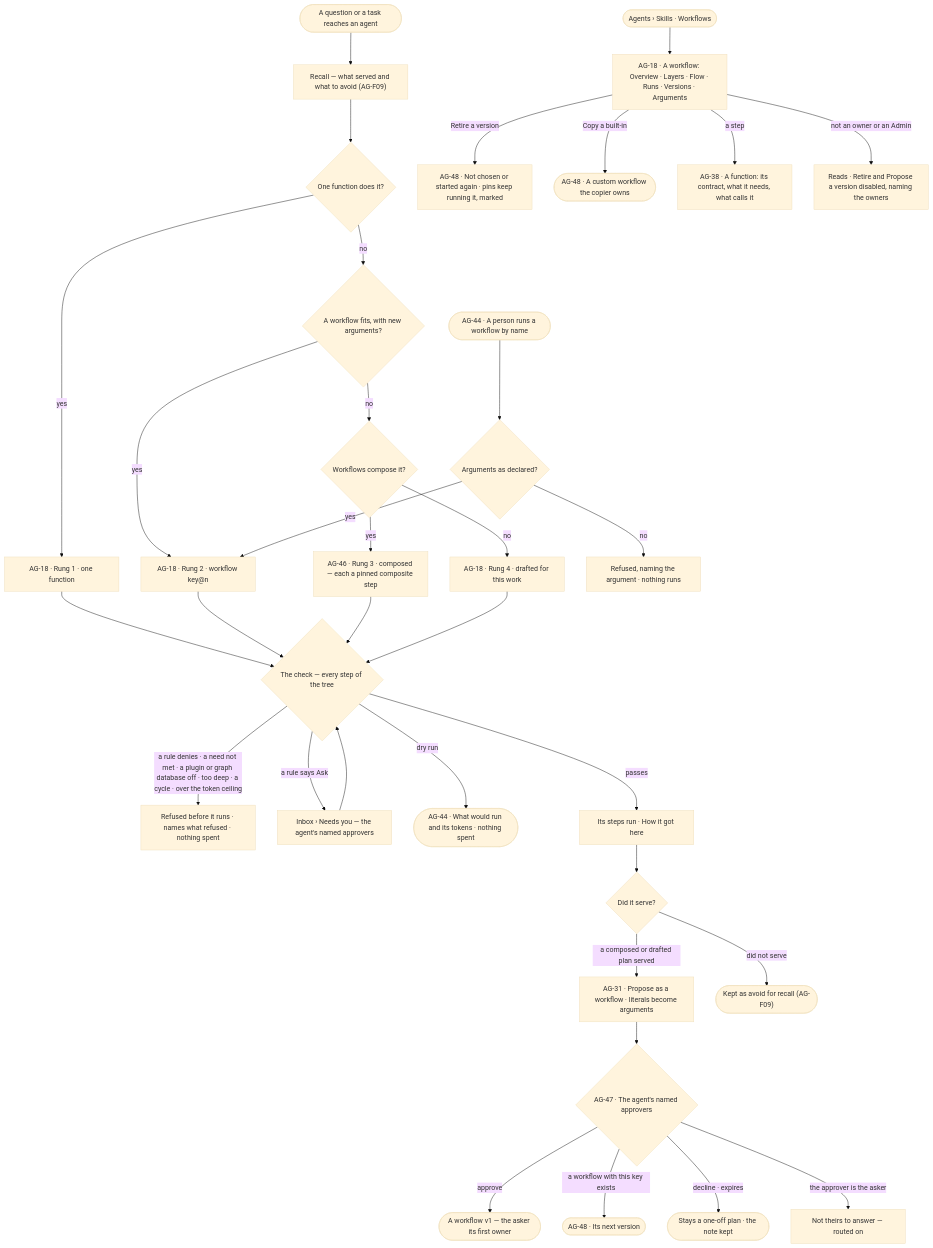
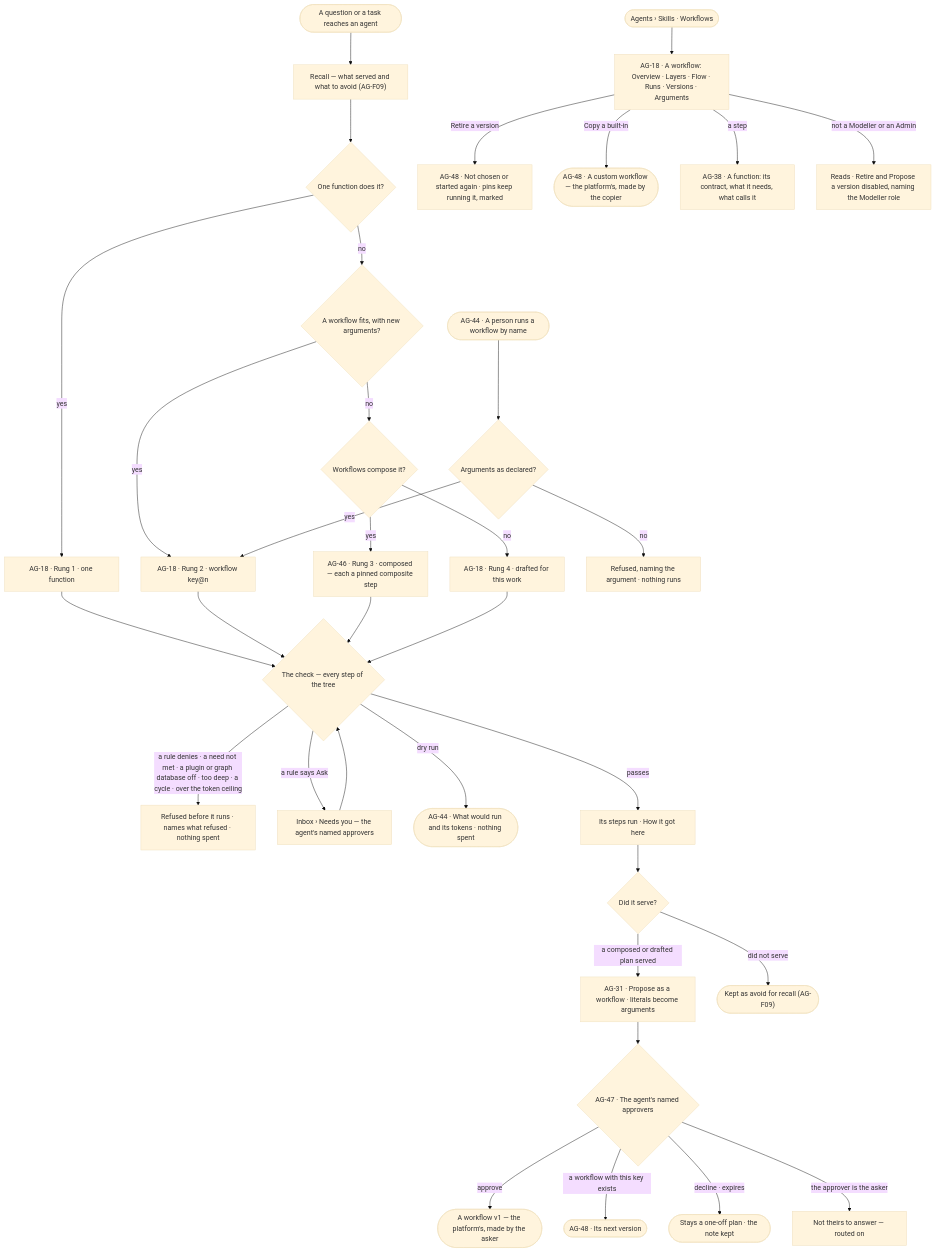
One commit to invana/invana changed the first of 2 diagrams in specs/capabilities/agents/features/AG-F06-plans-and-workflows/feature.md. Above: the diagram before and after it, drawn with Mermaid (base theme). The commit also changed other lines of this file and 300 other files, not shown here.

````diff
--- a/specs/capabilities/agents/features/AG-F06-plans-and-workflows/feature.md
+++ b/specs/capabilities/agents/features/AG-F06-plans-and-workflows/feature.md
@@ -27,35 +28,35 @@
 ```mermaid
 flowchart TD
   ask([A question or a task reaches an agent]) --> rec["Recall — what served and what to avoid (AG-F09)"]
   rec --> l1{"One function does it?"}
   l1 -->|yes| r1["AG-18 · Rung 1 · one function"]
   l1 -->|no| l2{"A workflow fits, with new arguments?"}
   l2 -->|yes| r2["AG-18 · Rung 2 · workflow key@n"]
   l2 -->|no| l3{"Workflows compose it?"}
   l3 -->|yes| r3["AG-46 · Rung 3 · composed — each a pinned composite step"]
   l3 -->|no| r4["AG-18 · Rung 4 · drafted for this work"]
   hand([AG-44 · A person runs a workflow by name]) --> args{"Arguments as declared?"}
   args -->|no| argx["Refused, naming the argument · nothing runs"]
   args -->|yes| r2
   r1 --> check
   r2 --> check
   r3 --> check
   r4 --> check{"The check — every step of the tree"}
   check -->|a rule denies · a need not met · a plugin or graph database off · too deep · a cycle · over the token ceiling| ref["Refused before it runs · names what refused · nothing spent"]
   check -->|a rule says Ask| askq["Inbox › Needs you — the agent's named approvers"] --> check
   check -->|dry run| dry(["AG-44 · What would run and its tokens · nothing spent"])
   check -->|passes| run["Its steps run · How it got here"]
   run --> verify{"Did it serve?"}
   verify -->|a composed or drafted plan served| prop["AG-31 · Propose as a workflow · literals become arguments"]
   prop --> appr{"AG-47 · The agent's named approvers"}
-  appr -->|approve| wf(["A workflow v1 — the asker its first owner"])
+  appr -->|approve| wf(["A workflow v1 — the platform's, made by the asker"])
   appr -->|a workflow with this key exists| nv(["AG-48 · Its next version"])
   appr -->|decline · expires| dc(["Stays a one-off plan · the note kept"])
   appr -->|the approver is the asker| self["Not theirs to answer — routed on"]
   verify -->|did not serve| avoid(["Kept as avoid for recall (AG-F09)"])
   lib([Agents › Skills · Workflows]) --> page["AG-18 · A workflow: Overview · Layers · Flow · Runs · Versions · Arguments"]
   page -->|Retire a version| ret["AG-48 · Not chosen or started again · pins keep running it, marked"]
-  page -->|Copy a built-in| cp(["AG-48 · A custom workflow the copier owns"])
+  page -->|Copy a built-in| cp(["AG-48 · A custom workflow — the platform's, made by the copier"])
   page -->|a step| fn["AG-38 · A function: its contract, what it needs, what calls it"]
-  page -->|not an owner or an Admin| ro["Reads · Retire and Propose a version disabled, naming the owners"]
+  page -->|not a Modeller or an Admin| ro["Reads · Retire and Propose a version disabled, naming the Modeller role"]
 ```
````
